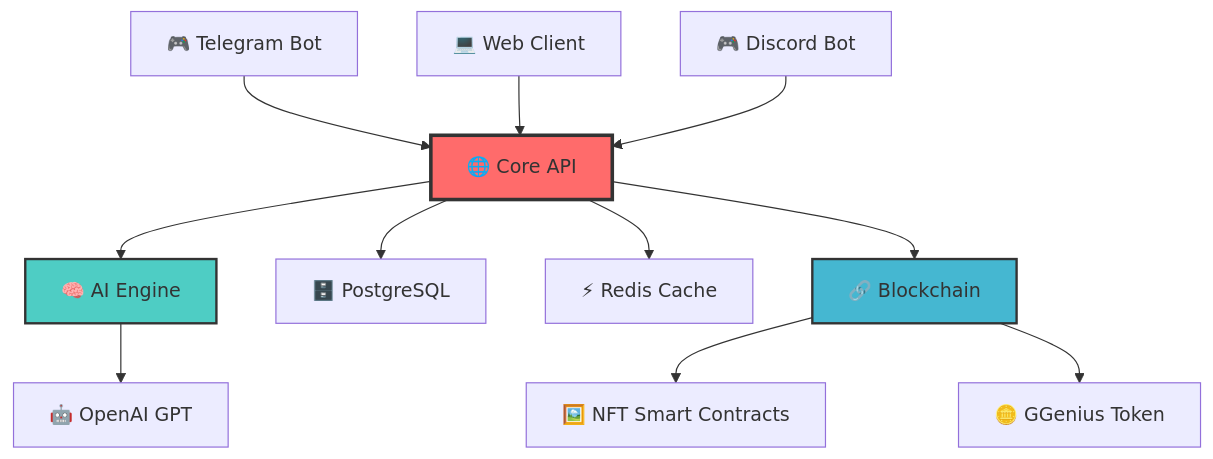
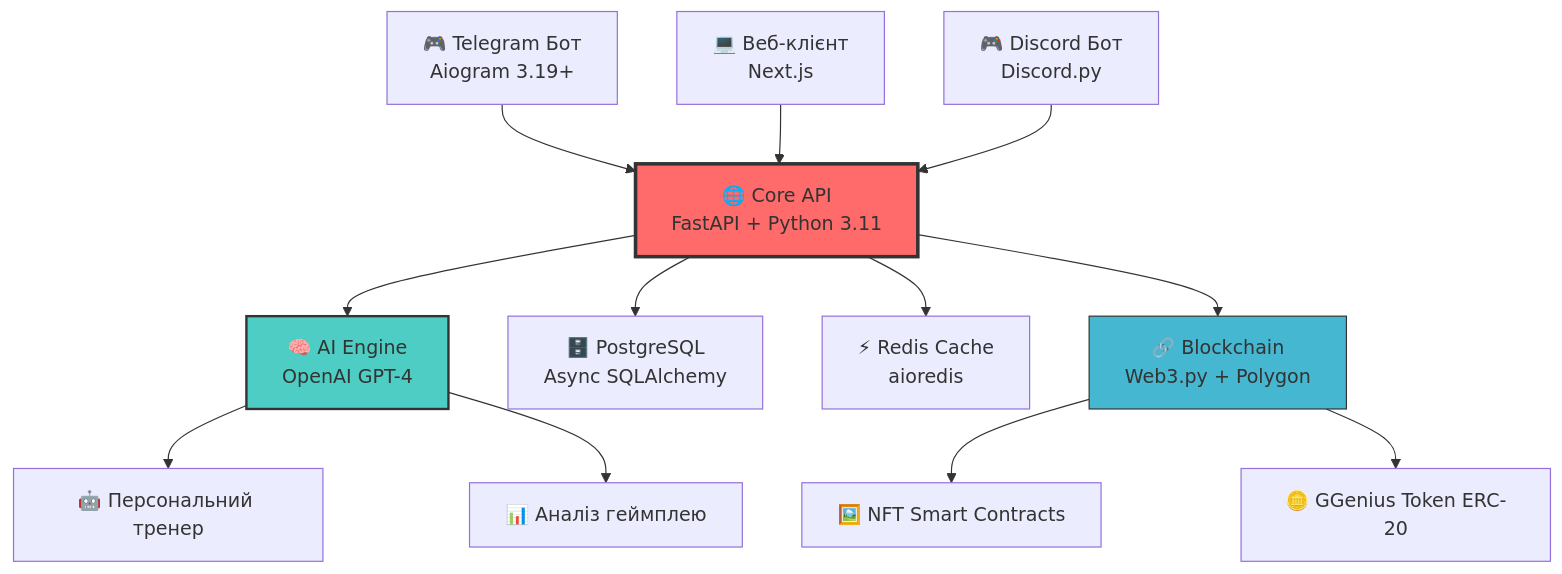
Before and after one commit to MLBB-BOSS/GGenius: the diagram in README.md, drawn with Mermaid. The commit also changed other lines of this file, not shown here.

````diff
--- a/README.md
+++ b/README.md
@@ -147,19 +147,20 @@
 ```mermaid
 graph TB
-    A[🎮 Telegram Bot] --> B[🌐 Core API]
-    C[💻 Web Client] --> B
-    D[🎮 Discord Bot] --> B
+    A[🎮 Telegram Бот<br/>Aiogram 3.19+] --> B[🌐 Core API<br/>FastAPI + Python 3.11]
+    C[💻 Веб-клієнт<br/>Next.js] --> B
+    D[🎮 Discord Бот<br/>Discord.py] --> B
     
-    B --> E[🧠 AI Engine]
-    B --> F[🗄️ PostgreSQL]
-    B --> G[⚡ Redis Cache]
-    B --> H[🔗 Blockchain]
+    B --> E[🧠 AI Engine<br/>OpenAI GPT-4]
+    B --> F[🗄️ PostgreSQL<br/>Async SQLAlchemy]
+    B --> G[⚡ Redis Cache<br/>aioredis]
+    B --> H[🔗 Blockchain<br/>Web3.py + Polygon]
     
-    E --> I[🤖 OpenAI GPT]
-    H --> J[🖼️ NFT Smart Contracts]
-    H --> K[🪙 GGenius Token]
+    E --> I[🤖 Персональний тренер]
+    E --> J[📊 Аналіз геймплею]
+    H --> K[🖼️ NFT Smart Contracts]
+    H --> L[🪙 GGenius Token ERC-20]
     
     style B fill:#ff6b6b,stroke:#333,stroke-width:3px
     style E fill:#4ecdc4,stroke:#333,stroke-width:2px
-    style H fill:#45b7d1,stroke:#333,stroke-width:2px
+    style H fill:#45b7d1,stroke:#333,stroke-2px
 ```
````
